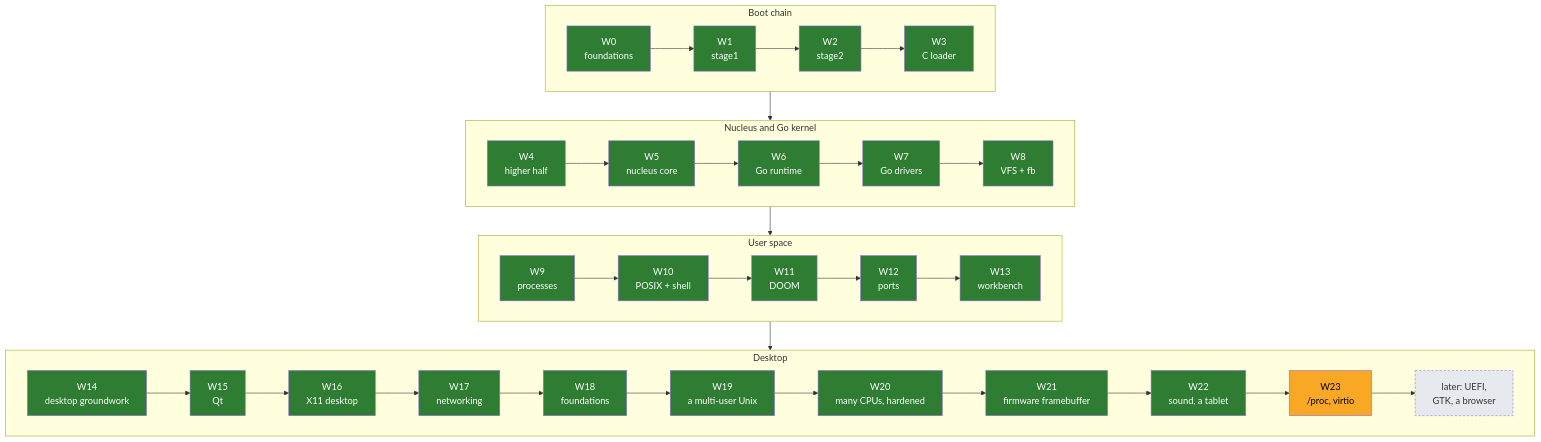
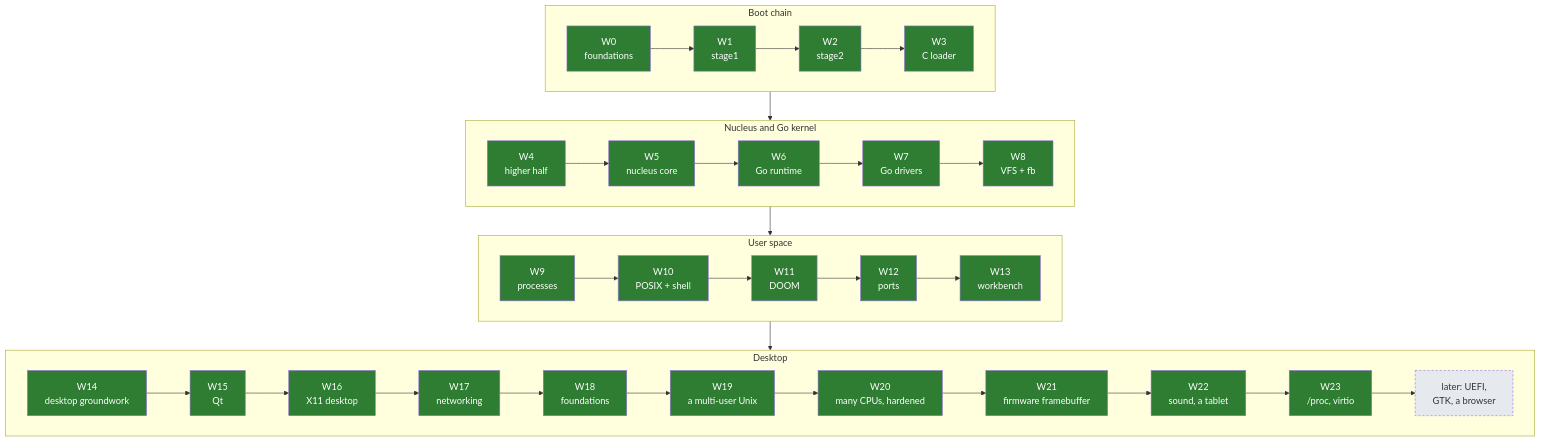
The diagram in docs/04-plan/ROADMAP.md (decagondev/burrow), drawn with Mermaid before and after one commit. The commit also changed other lines of this file and 13 other files, not shown here.

````diff
--- a/docs/04-plan/ROADMAP.md
+++ b/docs/04-plan/ROADMAP.md
@@ -32,26 +32,25 @@
 ```mermaid
 flowchart TB
     subgraph boot["Boot chain"]
         direction LR
         W0["W0<br/>foundations"] --> W1["W1<br/>stage1"] --> W2["W2<br/>stage2"] --> W3["W3<br/>C loader"]
     end
     subgraph core["Nucleus and Go kernel"]
         direction LR
         W4["W4<br/>higher half"] --> W5["W5<br/>nucleus core"] --> W6["W6<br/>Go runtime"] --> W7["W7<br/>Go drivers"] --> W8["W8<br/>VFS + fb"]
     end
     subgraph unix["User space"]
         direction LR
         W9["W9<br/>processes"] --> W10["W10<br/>POSIX + shell"] --> W11["W11<br/>DOOM"] --> W12["W12<br/>ports"] --> W13["W13<br/>workbench"]
     end
     subgraph desk["Desktop"]
         direction LR
         W14["W14<br/>desktop groundwork"] --> W15["W15<br/>Qt"] --> W16["W16<br/>X11 desktop"] --> W17["W17<br/>networking"] --> W18["W18<br/>foundations"] --> W19["W19<br/>a multi-user Unix"] --> W20["W20<br/>many CPUs, hardened"] --> W21["W21<br/>firmware framebuffer"] --> W22["W22<br/>sound, a tablet"] --> W23["W23<br/>/proc, virtio"] --> X["later: UEFI,<br/>GTK, a browser"]
     end
     boot --> core --> unix --> desk
     classDef done fill:#2e7d32,color:#fff;
     classDef next fill:#f9a825,color:#000;
     classDef later fill:#e6eaee,color:#333,stroke-dasharray: 4 3;
-    class W0,W1,W2,W3,W4,W5,W6,W7,W8,W9,W10,W11,W12,W13,W14,W15,W16,W17,W18,W19,W20,W21,W22 done;
-    class W23 next;
+    class W0,W1,W2,W3,W4,W5,W6,W7,W8,W9,W10,W11,W12,W13,W14,W15,W16,W17,W18,W19,W20,W21,W22,W23 done;
     class X later;
 ```
````
